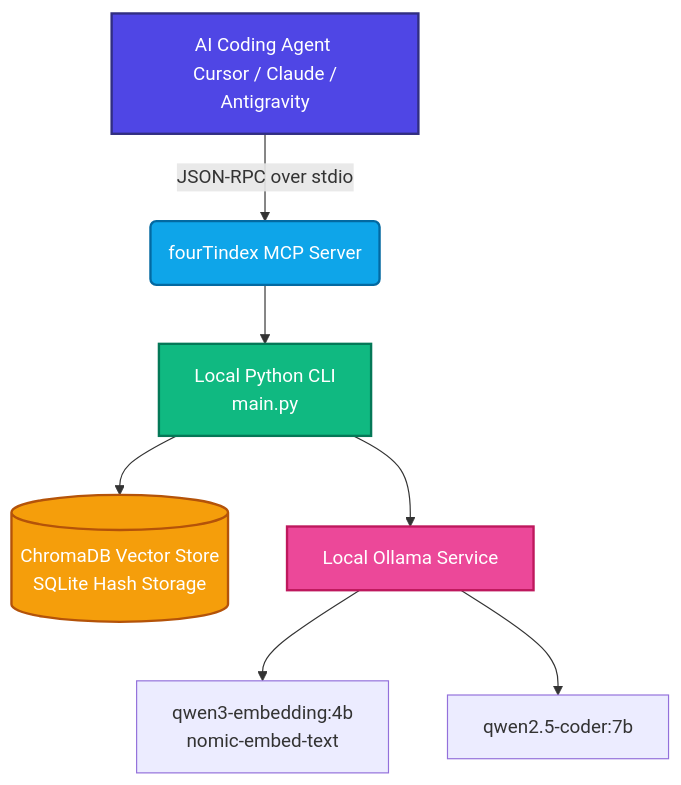
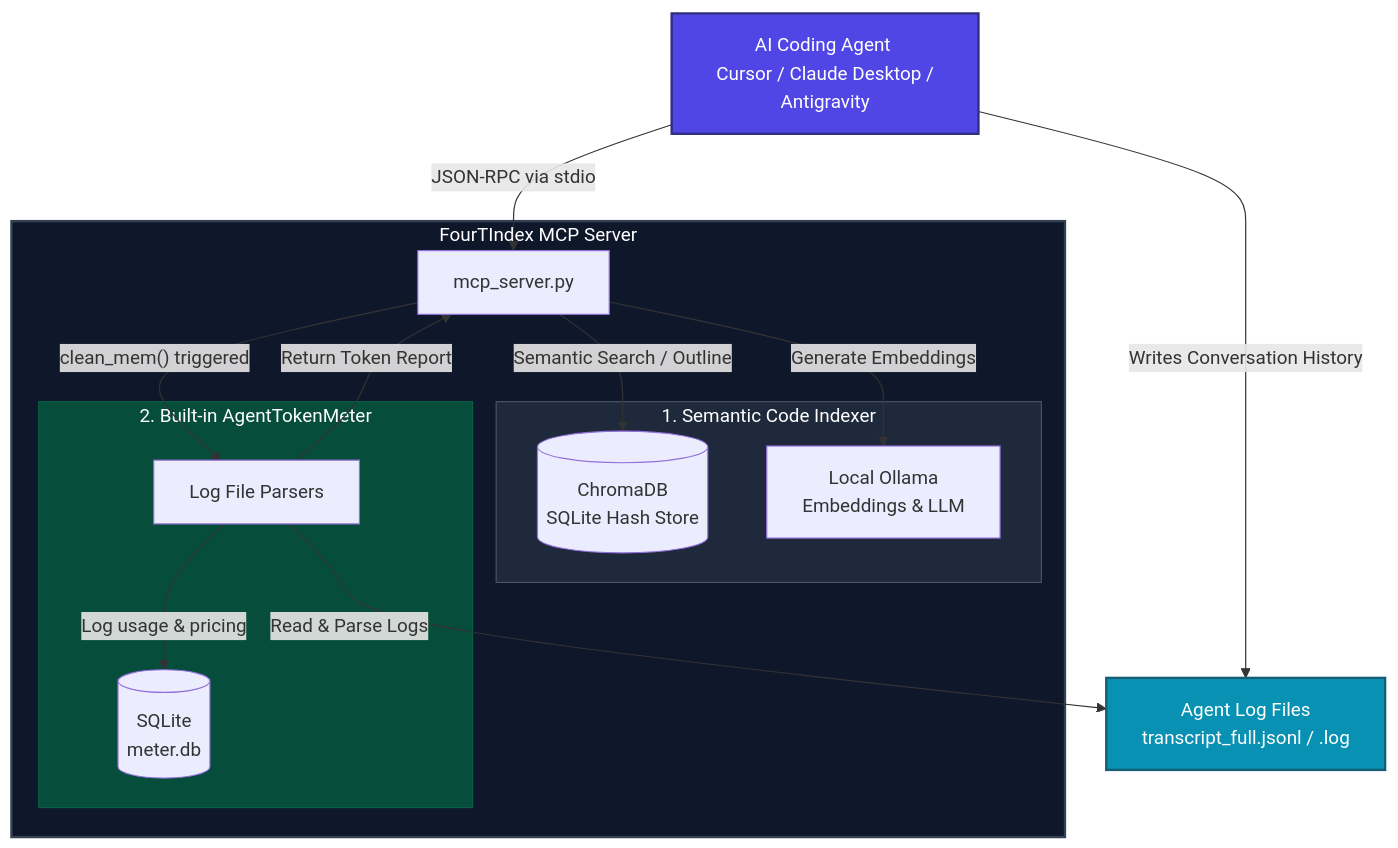
Before and after one commit to Chunn241529/FourTIndex: the diagram in README.md, drawn with Mermaid. The commit also changed other lines of this file and 4 other files, not shown here.

````diff
--- a/README.md
+++ b/README.md
@@ -45,15 +46,41 @@
 ```mermaid
 graph TD
-    A[AI Coding Agent <br/> Cursor / Claude / Antigravity] -- JSON-RPC over stdio --> B(fourTindex MCP Server)
-    B --> C[Local Python CLI <br/> main.py]
-    C --> D[(ChromaDB Vector Store <br/> SQLite Hash Storage)]
-    C --> E[Local Ollama Service]
-    E --> F[qwen3-embedding:4b <br/> nomic-embed-text]
-    E --> G[qwen2.5-coder:7b]
+    %% 1. Clients
+    Agent[AI Coding Agent <br/> Cursor / Claude Desktop / Antigravity]
     
-    style A fill:#4F46E5,stroke:#312E81,stroke-width:2px,color:#fff
-    style B fill:#0EA5E9,stroke:#0369A1,stroke-width:2px,color:#fff
-    style C fill:#10B981,stroke:#047857,stroke-width:2px,color:#fff
-    style D fill:#F59E0B,stroke:#B45309,stroke-width:2px,color:#fff
-    style E fill:#EC4899,stroke:#BE185D,stroke-width:2px,color:#fff
+    %% 2. MCP Server
+    subgraph Server ["FourTIndex MCP Server"]
+        M_Server[mcp_server.py]
+        
+        subgraph Core ["1. Semantic Code Indexer"]
+            DB_Chroma[(ChromaDB <br/> SQLite Hash Store)]
+            Ollama[Local Ollama <br/> Embeddings & LLM]
+        end
+        
+        subgraph Meter ["2. Built-in AgentTokenMeter"]
+            Log_Read[Log File Parsers]
+            DB_Meter[(SQLite <br/> meter.db)]
+        end
+    end
+    
+    %% 3. Log files (External to server, written by agents)
+    Agent_Logs[Agent Log Files <br/> transcript_full.jsonl / .log]
+    
+    %% Connections for Indexing
+    Agent -- "JSON-RPC via stdio" --> M_Server
+    M_Server -->|"Semantic Search / Outline"| DB_Chroma
+    M_Server -->|"Generate Embeddings"| Ollama
+    
+    %% Connections for Token Meter
+    Agent -->|"Writes Conversation History"| Agent_Logs
+    M_Server -->|"clean_mem() triggered"| Log_Read
+    Log_Read -->|"Read & Parse Logs"| Agent_Logs
+    Log_Read -->|"Log usage & pricing"| DB_Meter
+    Log_Read -->|"Return Token Report"| M_Server
+    
+    style Agent fill:#4F46E5,stroke:#312E81,stroke-width:2px,color:#fff
+    style Server fill:#0F172A,stroke:#334155,stroke-width:2px,color:#fff
+    style Core fill:#1E293B,stroke:#475569,stroke-width:1px,color:#fff
+    style Meter fill:#064E3B,stroke:#065F46,stroke-width:1px,color:#fff
+    style Agent_Logs fill:#0891B2,stroke:#155E75,stroke-width:2px,color:#fff
 ```
````
